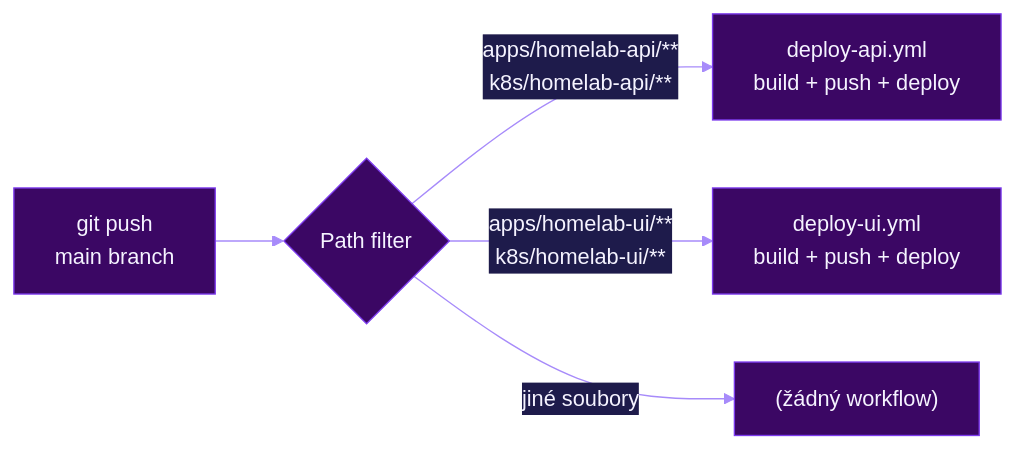
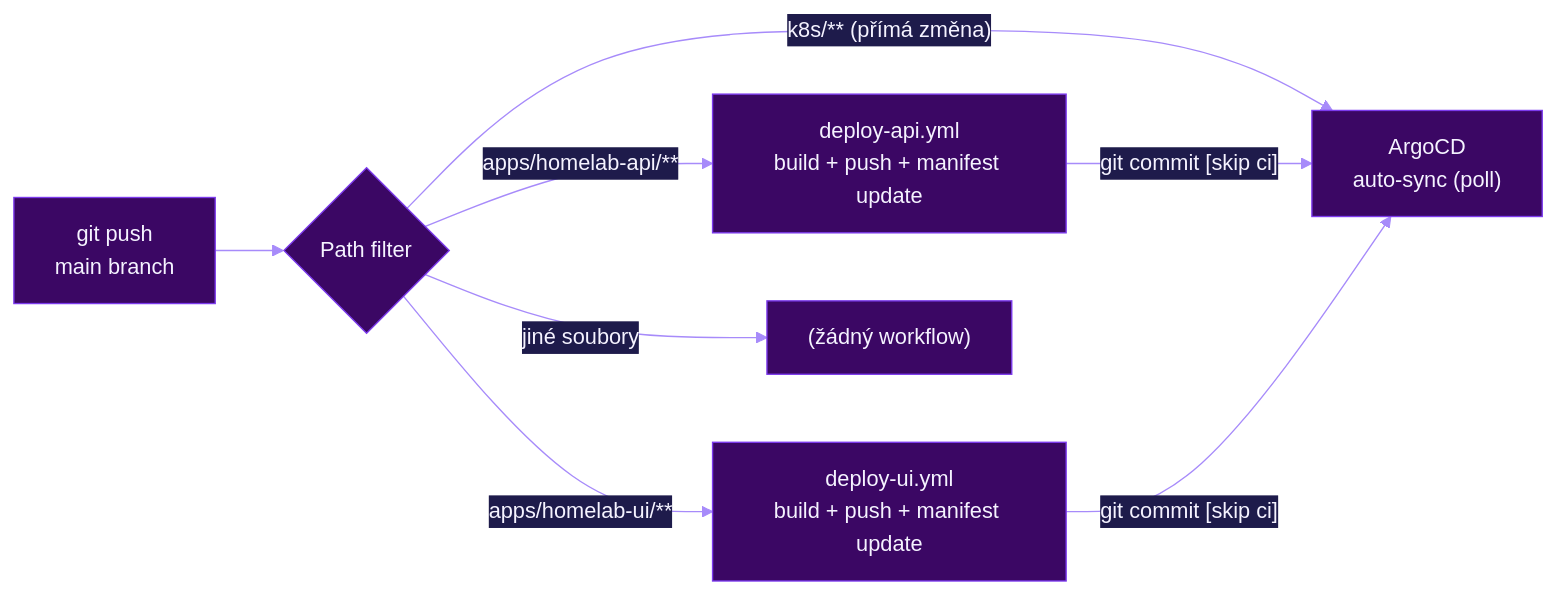
One commit to hunterst23/CLUSTER-ARCHITECTURE changed diagram 12 of 26 in ARCHITECTURE.md. Above: the diagram before and after it, drawn with Mermaid. The commit also changed other lines of this file and 1 other file, not shown here.

First line of the commit message:
docs: aktualizace Fáze 15–16 – TLS + ArgoCD GitOps CD

````diff
--- a/ARCHITECTURE.md
+++ b/ARCHITECTURE.md
@@ -402,10 +429,14 @@
 ```mermaid
 %%{init: {'theme': 'base', 'themeVariables': {'primaryColor': '#3b0764', 'primaryTextColor': '#f5f3ff', 'primaryBorderColor': '#7c3aed', 'lineColor': '#a78bfa', 'secondaryColor': '#1f2937', 'tertiaryColor': '#111827', 'clusterBkg': '#1e1b4b', 'clusterBorder': '#6d28d9', 'nodeBorder': '#7c3aed', 'titleColor': '#ddd6fe', 'edgeLabelBackground': '#1e1b4b', 'actorBkg': '#3b0764', 'actorBorder': '#7c3aed', 'actorTextColor': '#f5f3ff', 'actorLineColor': '#6d28d9', 'signalColor': '#a78bfa', 'signalTextColor': '#f5f3ff', 'noteBkgColor': '#2e1065', 'noteTextColor': '#ddd6fe', 'labelBoxBkgColor': '#3b0764', 'labelBoxBorderColor': '#7c3aed', 'labelTextColor': '#f5f3ff', 'loopTextColor': '#ddd6fe', 'activationBorderColor': '#7c3aed', 'activationBkgColor': '#2e1065', 'sequenceNumberColor': '#f5f3ff'}}}%%
 graph LR
     Push["git push\nmain branch"]
 
     Push --> Filter{Path filter}
-    Filter -->|"apps/homelab-api/**\nk8s/homelab-api/**"| WF_API["deploy-api.yml\nbuild + push + deploy"]
-    Filter -->|"apps/homelab-ui/**\nk8s/homelab-ui/**"| WF_UI["deploy-ui.yml\nbuild + push + deploy"]
+    Filter -->|"apps/homelab-api/**"| WF_API["deploy-api.yml\nbuild + push + manifest update"]
+    Filter -->|"apps/homelab-ui/**"| WF_UI["deploy-ui.yml\nbuild + push + manifest update"]
+    Filter -->|"k8s/** (přímá změna)"| Argo["ArgoCD\nauto-sync (poll)"]
     Filter -->|"jiné soubory"| Skip["(žádný workflow)"]
+
+    WF_API -->|"git commit [skip ci]"| Argo
+    WF_UI -->|"git commit [skip ci]"| Argo
 ```
````
